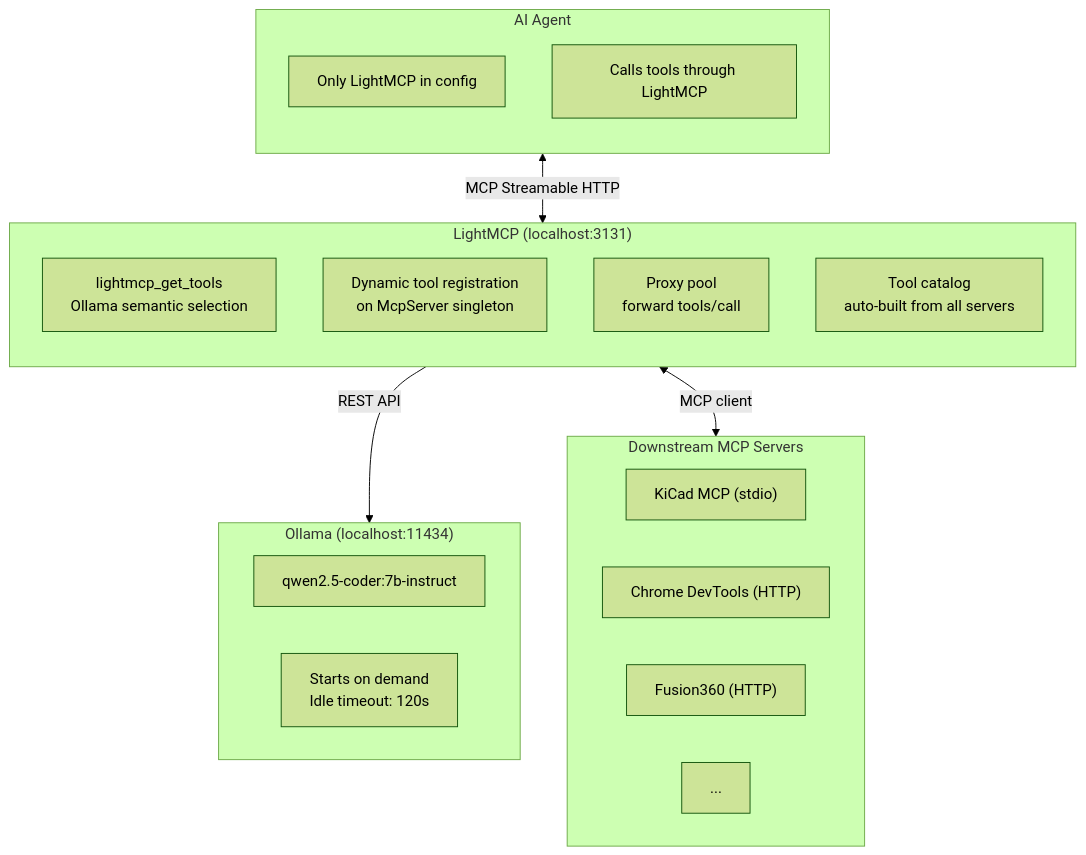
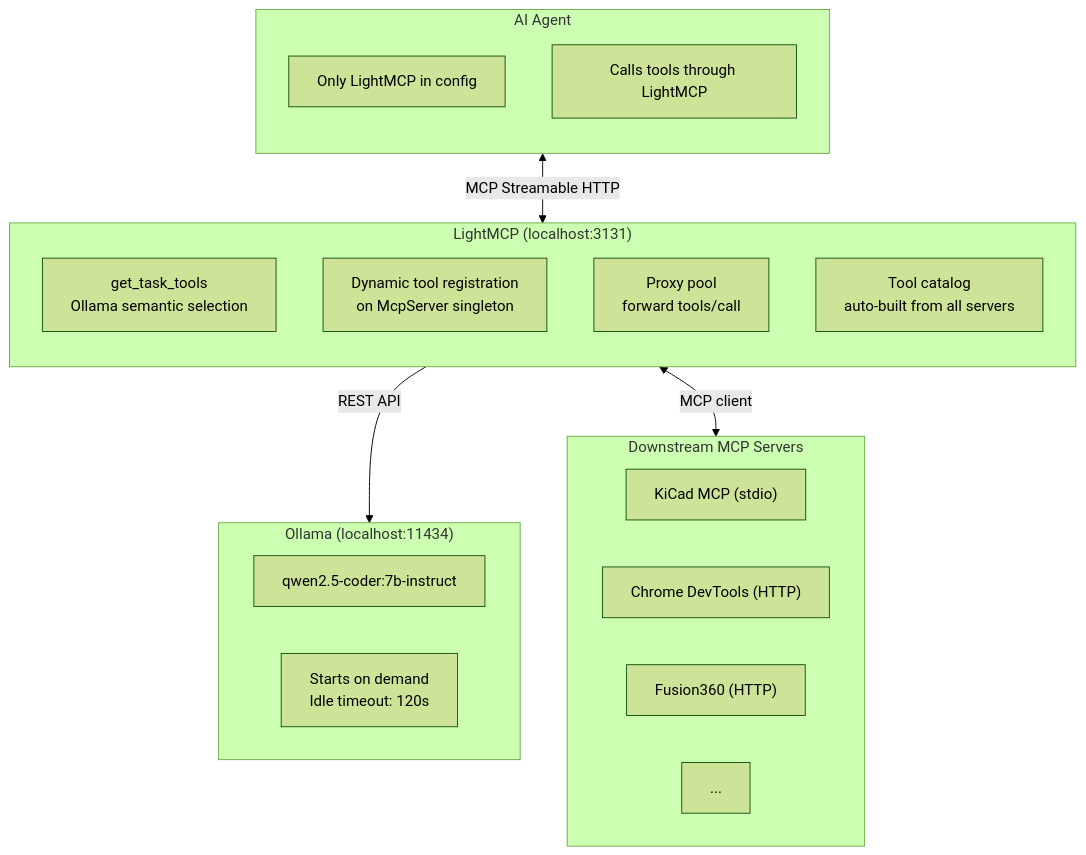
Before and after one commit to NulledNah/LightMCP: the second of 2 diagrams in README.md, drawn with Mermaid (forest theme). The commit also changed other lines of this file, not shown here.

````diff
--- a/README.md
+++ b/README.md
@@ -135,32 +146,32 @@
 ```mermaid
 flowchart TB
     subgraph Agent["AI Agent"]
         direction TB
         A1["Only LightMCP in config"]
         A2["Calls tools through LightMCP"]
     end
 
     subgraph LightMCP["LightMCP (localhost:3131)"]
         direction TB
-        L1["lightmcp_get_tools<br/>Ollama semantic selection"]
+        L1["get_task_tools<br/>Ollama semantic selection"]
         L2["Dynamic tool registration<br/>on McpServer singleton"]
         L3["Proxy pool<br/>forward tools/call"]
         L4["Tool catalog<br/>auto-built from all servers"]
     end
 
     subgraph Ollama["Ollama (localhost:11434)"]
         O1["qwen2.5-coder:7b-instruct"]
         O2["Starts on demand<br/>Idle timeout: 120s"]
     end
 
     subgraph Downstream["Downstream MCP Servers"]
         D1["KiCad MCP (stdio)"]
         D2["Chrome DevTools (HTTP)"]
         D3["Fusion360 (HTTP)"]
         D4["..."]
     end
 
     Agent <-->|"MCP Streamable HTTP"| LightMCP
     LightMCP -->|"REST API"| Ollama
     LightMCP <-->|"MCP client"| Downstream
 ```
````
